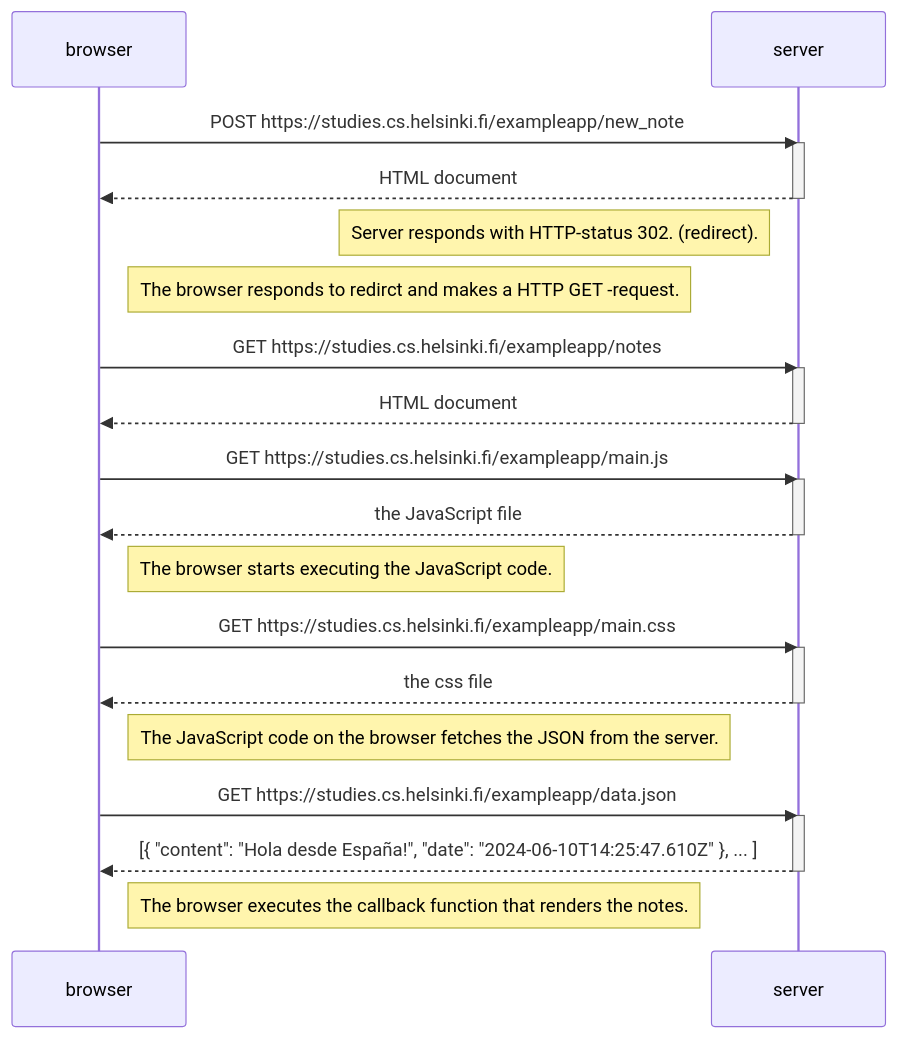
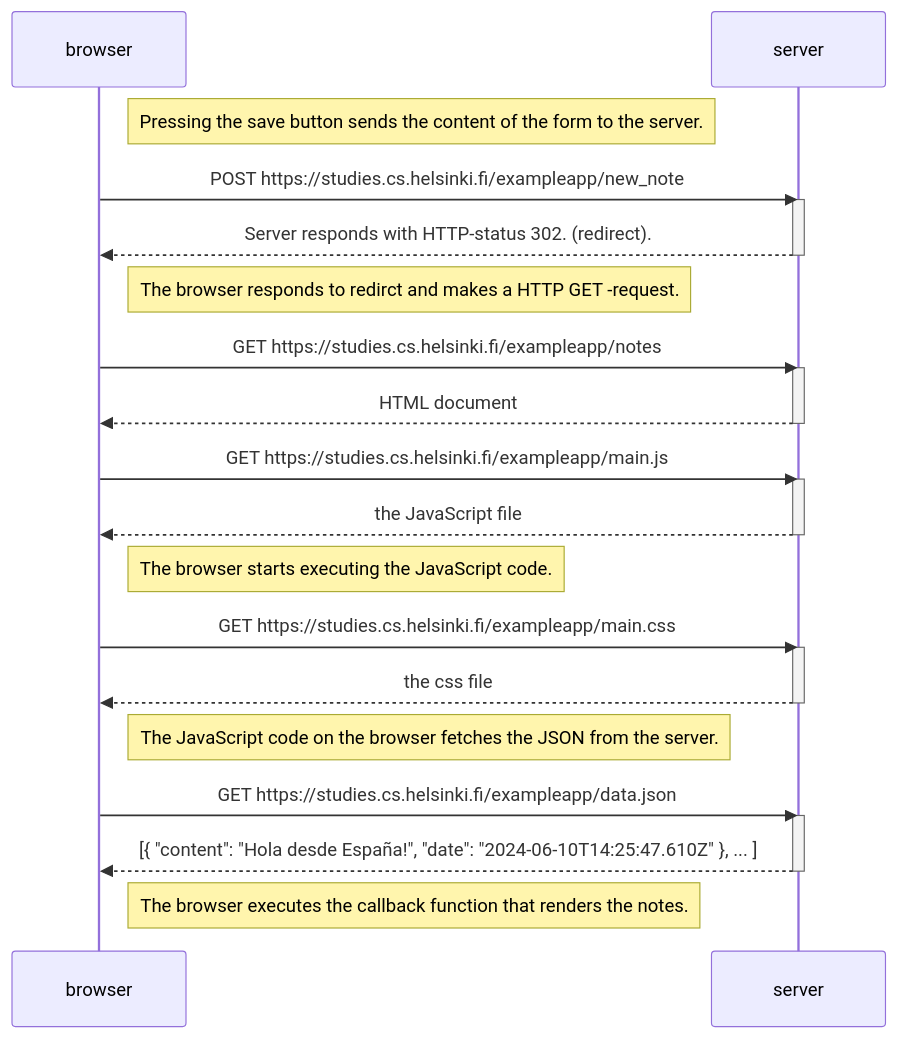
One commit to tjvalkonen/FullStackOpen changed the diagram in Osa0/04_uusimuistiinpano.md. Above: the diagram before and after it, drawn with Mermaid.

Commit message:
Update Osa0

````diff
--- a/Osa0/04_uusimuistiinpano.md
+++ b/Osa0/04_uusimuistiinpano.md
@@ -1,37 +1,36 @@
 ```mermaid
 sequenceDiagram
     participant browser
     participant server
 
+Note right of browser: Pressing the save button sends the content of the form to the server.
     browser->>server: POST https://studies.cs.helsinki.fi/exampleapp/new_note
     activate server
-    server-->>browser: HTML document
+    server-->>browser: Server responds with HTTP-status 302. (redirect).
     deactivate server
-
-Note left of server: Server responds with HTTP-status 302. (redirect).
 
 Note right of browser: The browser responds to redirct and makes a HTTP GET -request.
     browser->>server: GET https://studies.cs.helsinki.fi/exampleapp/notes
     activate server
     server-->>browser: HTML document
     deactivate server
 
     browser->>server: GET https://studies.cs.helsinki.fi/exampleapp/main.js
     activate server
     server-->>browser: the JavaScript file
     deactivate server
 Note right of browser: The browser starts executing the JavaScript code.
 
     browser->>server: GET https://studies.cs.helsinki.fi/exampleapp/main.css
     activate server
     server-->>browser: the css file
     deactivate server
 
 Note right of browser: The JavaScript code on the browser fetches the JSON from the server.
     browser->>server: GET https://studies.cs.helsinki.fi/exampleapp/data.json
     activate server
     server-->>browser: [{ "content": "Hola desde España!", "date": "2024-06-10T14:25:47.610Z" }, ... ]
     deactivate server
 
 Note right of browser: The browser executes the callback function that renders the notes.
 ```
````
